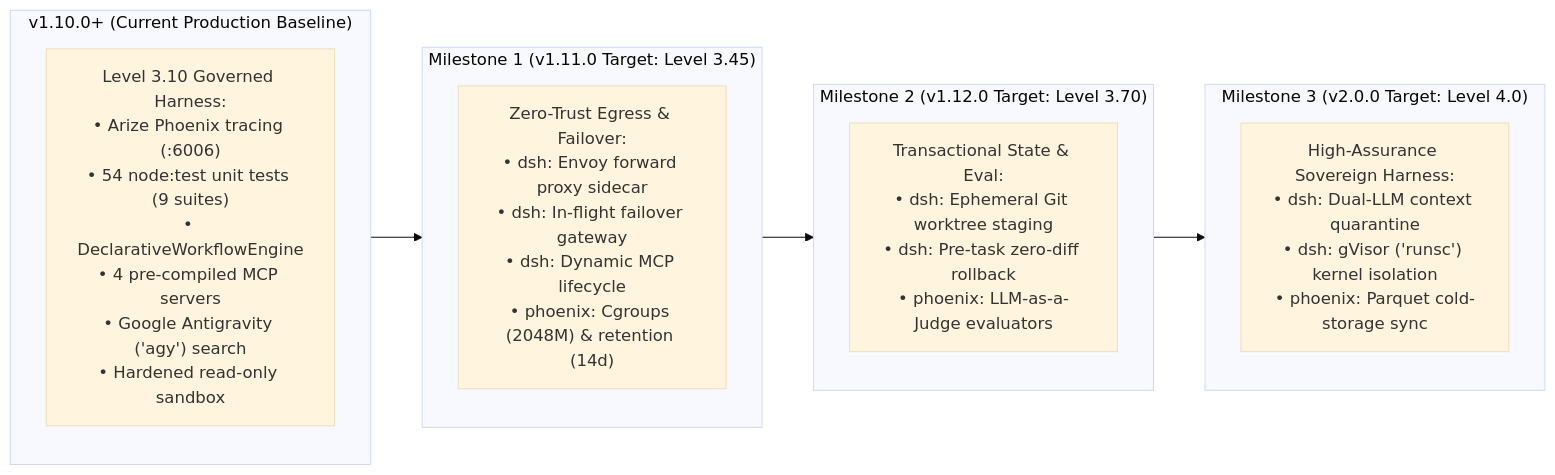
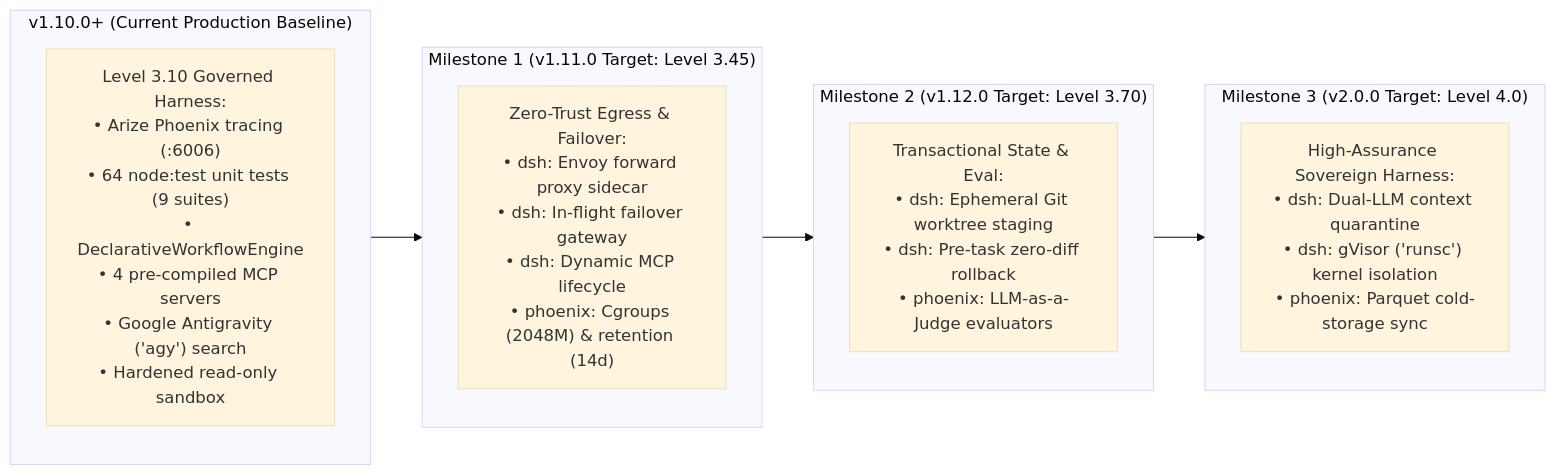
One commit to hdjebar/DSH-DDS changed the diagram in docs/future-development/ROADMAP.md. Above: the diagram before and after it, drawn with Mermaid (base theme). The commit also changed other lines of this file and 20 other files, not shown here.

````diff
--- a/docs/future-development/ROADMAP.md
+++ b/docs/future-development/ROADMAP.md
@@ -9,24 +9,24 @@
 ```mermaid
 flowchart LR
     subgraph V110["v1.10.0+ (Current Production Baseline)"]
         direction TB
-        B1["Level 3.10 Governed Harness:<br/>• Arize Phoenix tracing (:6006)<br/>• 54 node:test unit tests (9 suites)<br/>• DeclarativeWorkflowEngine<br/>• 4 pre-compiled MCP servers<br/>• Google Antigravity ('agy') search<br/>• Hardened read-only sandbox"]
+        B1["Level 3.10 Governed Harness:<br/>• Arize Phoenix tracing (:6006)<br/>• 64 node:test unit tests (9 suites)<br/>• DeclarativeWorkflowEngine<br/>• 4 pre-compiled MCP servers<br/>• Google Antigravity ('agy') search<br/>• Hardened read-only sandbox"]
     end
 
     subgraph V111["Milestone 1 (v1.11.0 Target: Level 3.45)"]
         direction TB
         T1["Zero-Trust Egress & Failover:<br/>• dsh: Envoy forward proxy sidecar<br/>• dsh: In-flight failover gateway<br/>• dsh: Dynamic MCP lifecycle<br/>• phoenix: Cgroups (2048M) & retention (14d)"]
     end
 
     subgraph V112["Milestone 2 (v1.12.0 Target: Level 3.70)"]
         direction TB
         T2["Transactional State & Eval:<br/>• dsh: Ephemeral Git worktree staging<br/>• dsh: Pre-task zero-diff rollback<br/>• phoenix: LLM-as-a-Judge evaluators"]
     end
 
     subgraph V200["Milestone 3 (v2.0.0 Target: Level 4.0)"]
         direction TB
         T3["High-Assurance Sovereign Harness:<br/>• dsh: Dual-LLM context quarantine<br/>• dsh: gVisor ('runsc') kernel isolation<br/>• phoenix: Parquet cold-storage sync"]
     end
 
     V110 --> V111 --> V112 --> V200
 ```
````
